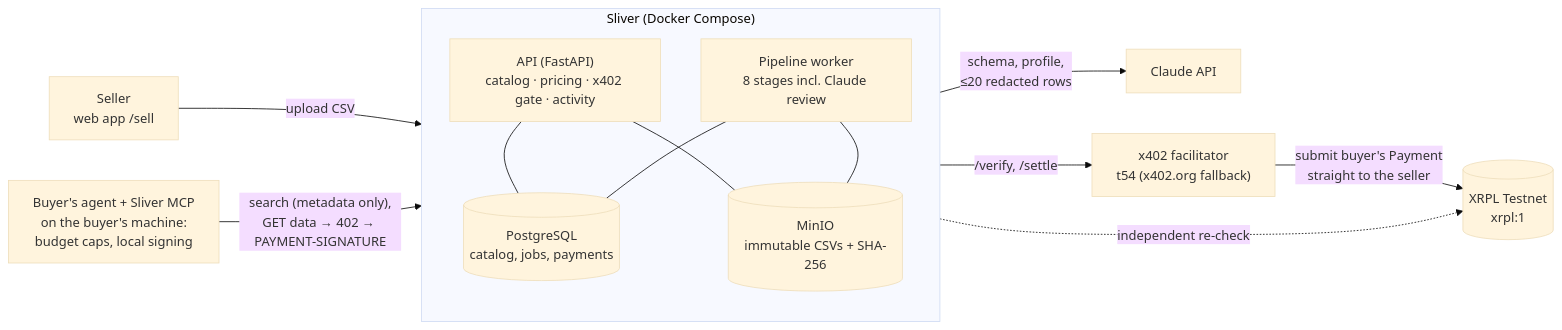
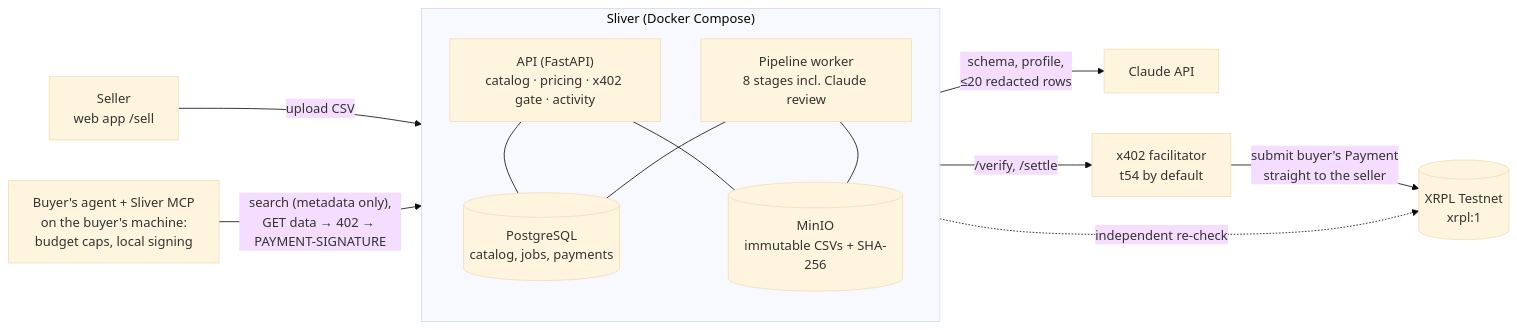
One commit to LAIN-21/sliver changed the first of 2 diagrams in README.md. Above: the diagram before and after it, drawn with Mermaid (base theme). The commit also changed other lines of this file and 2 other files, not shown here.

First line of the commit message:
Address review: qualify facilitator, delivery, key and leak-guard claims

````diff
--- a/README.md
+++ b/README.md
@@ -25,28 +25,28 @@
 ```mermaid
 flowchart LR
   SEL["Seller<br/>web app /sell"]
   AG["Buyer's agent + Sliver MCP<br/>on the buyer's machine:<br/>budget caps, local signing"]
 
   subgraph SL["Sliver (Docker Compose)"]
     direction TB
     API["API (FastAPI)<br/>catalog · pricing · x402 gate · activity"]
     W["Pipeline worker<br/>8 stages incl. Claude review"]
     DB[("PostgreSQL<br/>catalog, jobs, payments")]
     OBJ[("MinIO<br/>immutable CSVs + SHA-256")]
     API --- DB
     API --- OBJ
     W --- DB
     W --- OBJ
   end
 
   CL["Claude API"]
-  FAC["x402 facilitator<br/>t54 (x402.org fallback)"]
+  FAC["x402 facilitator<br/>t54 by default"]
   XRPL[("XRPL Testnet<br/>xrpl:1")]
 
   SEL -- "upload CSV" --> API
   W -- "schema, profile,<br/>≤20 redacted rows" --> CL
   AG -- "search (metadata only),<br/>GET data → 402 → PAYMENT-SIGNATURE" --> API
   API -- "/verify, /settle" --> FAC
   FAC -- "submit buyer's Payment<br/>straight to the seller" --> XRPL
   API -. "independent re-check" .-> XRPL
 ```
````
